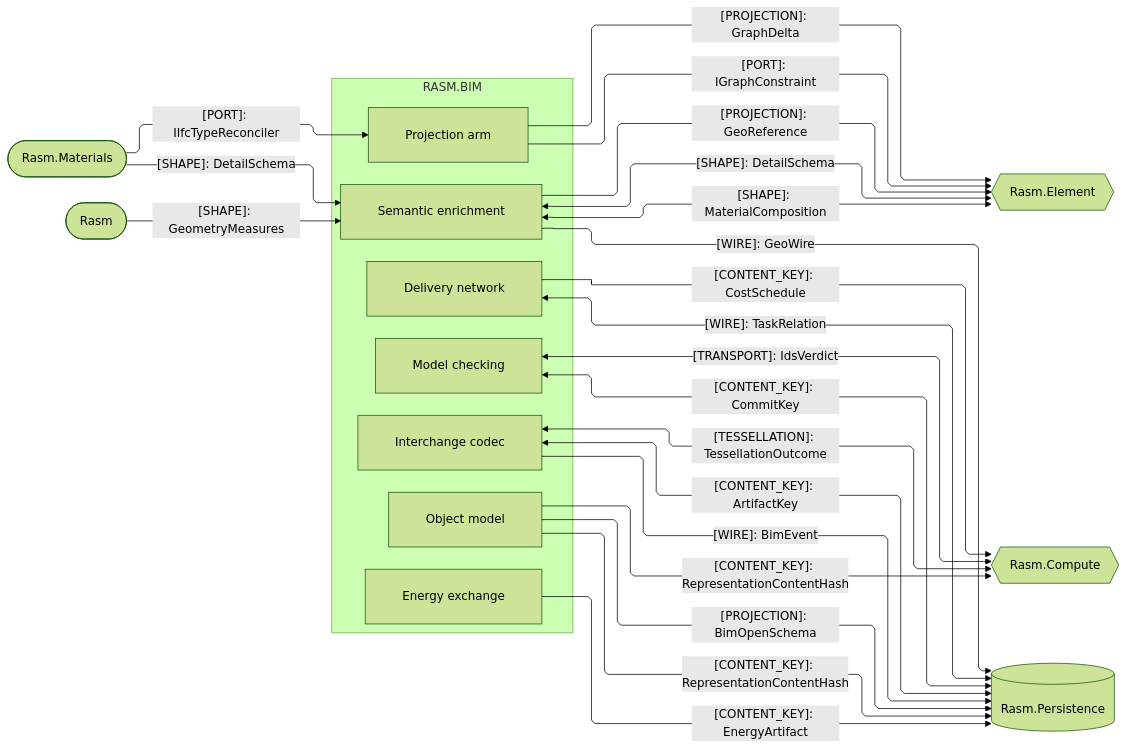
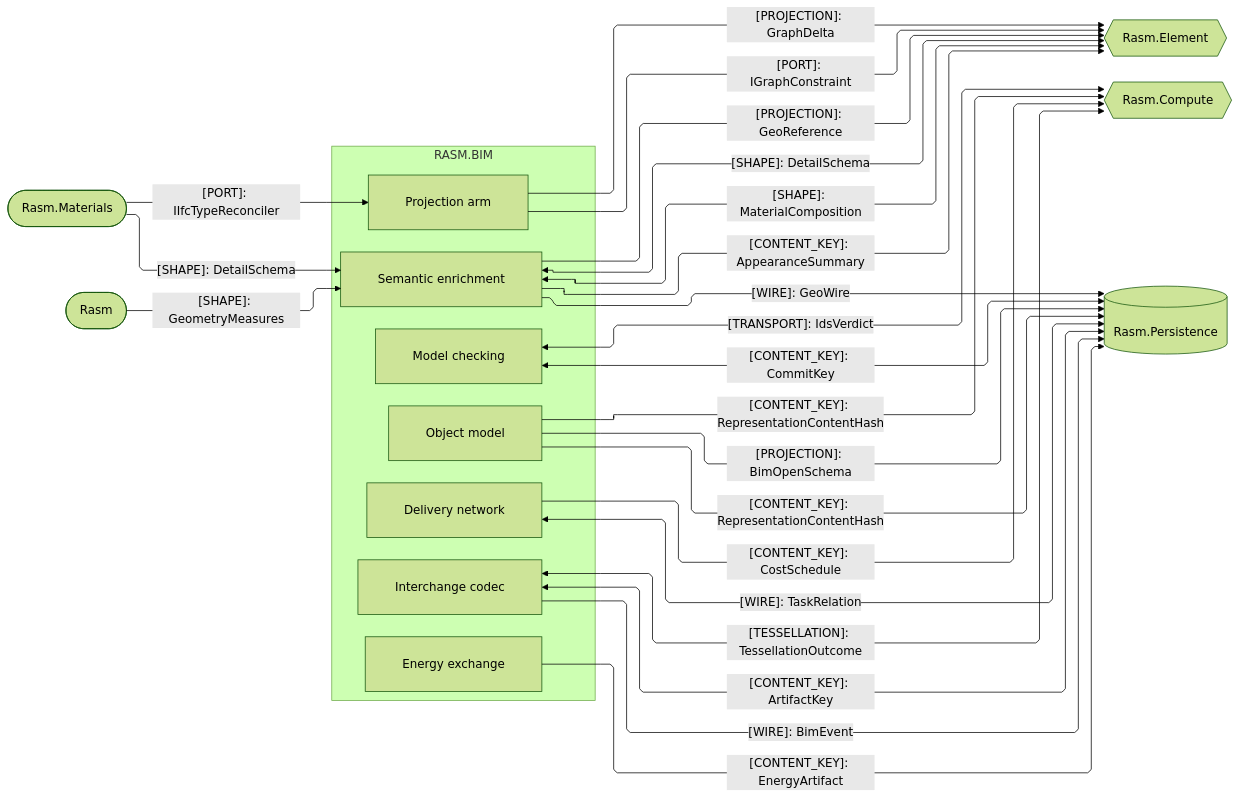
Before and after one commit to bsamiee/Rasm: the second of 3 diagrams in libs/csharp/Rasm.Bim/ARCHITECTURE.md, drawn with Mermaid (forest theme). The commit also changed other lines of this file and 65 other files, not shown here.

````diff
--- a/libs/csharp/Rasm.Bim/ARCHITECTURE.md
+++ b/libs/csharp/Rasm.Bim/ARCHITECTURE.md
@@ -119,46 +119,47 @@
 ```mermaid
 ---
 config:
   layout: elk
   flowchart:
     curve: linear
     padding: 25
 ---
 flowchart LR
     accTitle: Bim same-branch domain and storage seams
     accDescr: Bim sub-domain owners exchanging projections, content keys, and tessellation with the same-branch AEC peers and the durable store.
     subgraph bim[RASM.BIM]
         Projection[Projection arm]
         Model[Object model]
         Semantics[Semantic enrichment]
         Exchange[Interchange codec]
         Review[Model checking]
         Energy[Energy exchange]
         Planning[Delivery network]
     end
     Element{{Rasm.Element}}
     Compute{{Rasm.Compute}}
     Persistence[(Rasm.Persistence)]
     Materials([Rasm.Materials])
     Rasm([Rasm])
     Projection -->|"[PROJECTION]: GraphDelta"| Element
     Projection -->|"[PORT]: IGraphConstraint"| Element
     Semantics <-->|"[SHAPE]: DetailSchema"| Element
     Semantics <-->|"[SHAPE]: MaterialComposition"| Element
+    Semantics -->|"[CONTENT_KEY]: AppearanceSummary"| Element
     Semantics -->|"[PROJECTION]: GeoReference"| Element
     Materials -->|"[PORT]: IIfcTypeReconciler"| Projection
     Materials -->|"[SHAPE]: DetailSchema"| Semantics
     Rasm -->|"[SHAPE]: GeometryMeasures"| Semantics
     Model -->|"[CONTENT_KEY]: RepresentationContentHash"| Compute
     Exchange <-->|"[TESSELLATION]: TessellationOutcome"| Compute
     Review <-->|"[TRANSPORT]: IdsVerdict"| Compute
     Planning -->|"[CONTENT_KEY]: CostSchedule"| Compute
     Model -->|"[PROJECTION]: BimOpenSchema"| Persistence
     Model -->|"[CONTENT_KEY]: RepresentationContentHash"| Persistence
     Exchange <-->|"[CONTENT_KEY]: ArtifactKey"| Persistence
     Exchange -->|"[WIRE]: BimEvent"| Persistence
     Review <-->|"[CONTENT_KEY]: CommitKey"| Persistence
     Energy -->|"[CONTENT_KEY]: EnergyArtifact"| Persistence
     Planning <-->|"[WIRE]: TaskRelation"| Persistence
     Semantics -->|"[WIRE]: GeoWire"| Persistence
 ```
````
